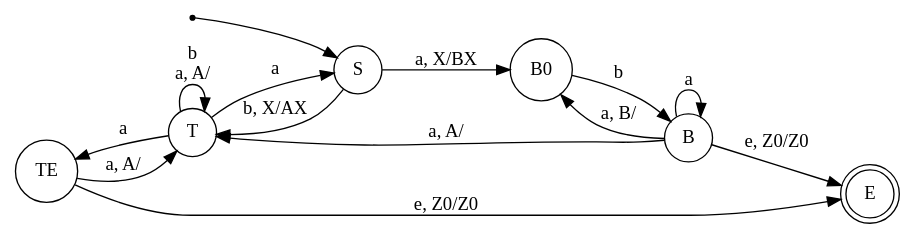
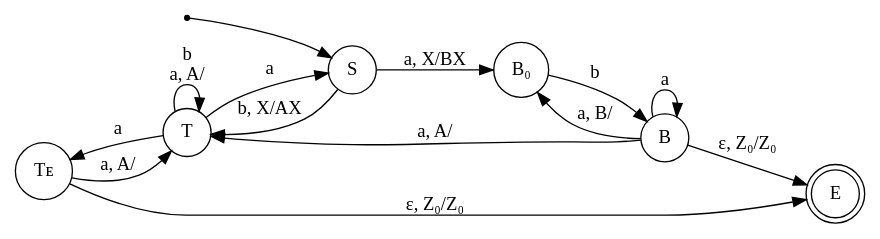
One commit to HumsterProgrammer/iu9-tfl-practice changed the fourth of 4 diagrams in Практика/Разбор задач/PDA и отображение Шютценберже.md. Above: the diagram before and after it, drawn with Graphviz. The commit also changed other lines of this file, not shown here.

````diff
--- a/Практика/Разбор задач/PDA и отображение Шютценберже.md
+++ b/Практика/Разбор задач/PDA и отображение Шютценберже.md
@@ -104,21 +104,21 @@
 ```dot
 digraph{
 	rankdir=LR
 	node [shape=circle]
 	E [shape=doublecircle]
 	point [shape=point]
 	point -> S
 	S -> T [label="b, X/AX"]
-	S -> B0 [label="a, X/BX"]
+	S -> B₀ [label="a, X/BX"]
 	T -> T [label="b\n a, A/"]
-	T -> TE [label="a"]
+	T -> Tᴇ [label="a"]
 	T -> S [label="a"]
-	B0 -> B [label="b"]
-	B -> B0 [label="a, B/"]
+	B₀ -> B [label="b"]
+	B -> B₀ [label="a, B/"]
 	B -> B [label="a"]
 	B -> T [label="a, A/"]
-	B -> E [label="e, Z0/Z0"]
-	TE -> T [label="a, A/"]
-	TE -> E [label="e, Z0/Z0"]
+	B -> E [label="ε, Z₀/Z₀"]
+	Tᴇ -> T [label="a, A/"]
+	Tᴇ -> E [label="ε, Z₀/Z₀"]
 	}
 ```
````
